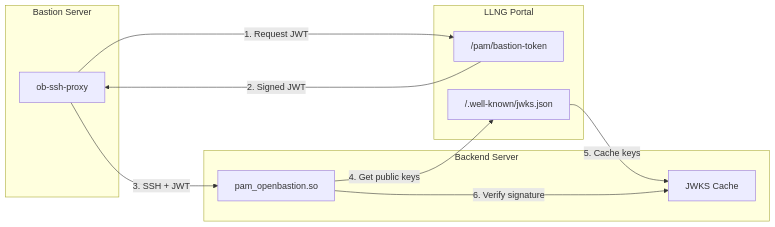
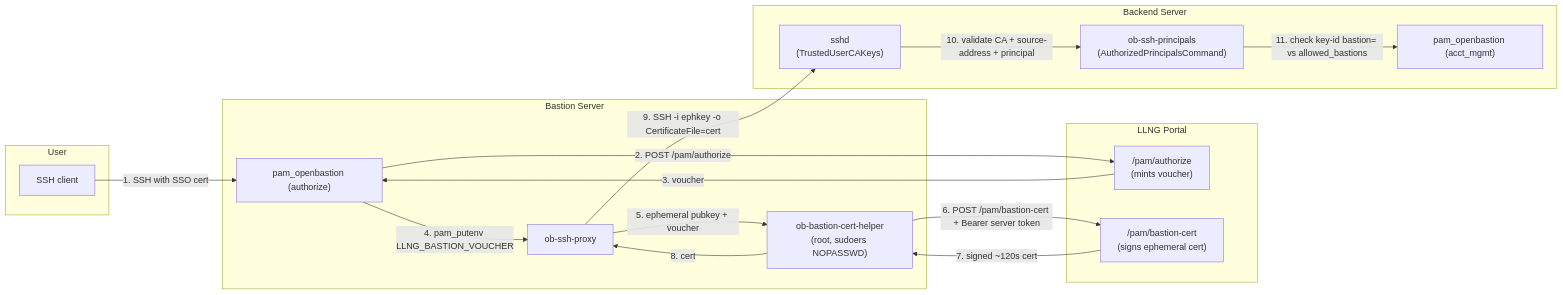
Before and after one commit to linagora/open-bastion: the second of 4 diagrams in SECURITY.md, drawn with Mermaid. The commit also changed other lines of this file and 6 other files, not shown here.

First line of the commit message:
docs(cert-vouching): replace bastion JWT with certificate vouching across docs

````diff
--- a/SECURITY.md
+++ b/SECURITY.md
@@ -92,23 +94,35 @@
 ```mermaid
 flowchart LR
+    subgraph User["User"]
+        client["SSH client"]
+    end
+
     subgraph Bastion["Bastion Server"]
+        pam_b["pam_openbastion (authorize)"]
         proxy["ob-ssh-proxy"]
+        helper["ob-bastion-cert-helper\n(root, sudoers NOPASSWD)"]
     end
 
     subgraph LLNG["LLNG Portal"]
-        bastion_token["/pam/bastion-token"]
-        jwks["/.well-known/jwks.json"]
+        authorize["/pam/authorize\n(mints voucher)"]
+        bastion_cert["/pam/bastion-cert\n(signs ephemeral cert)"]
     end
 
     subgraph Backend["Backend Server"]
-        pam["pam_openbastion.so"]
-        cache["JWKS Cache"]
+        sshd["sshd\n(TrustedUserCAKeys)"]
+        principals["ob-ssh-principals\n(AuthorizedPrincipalsCommand)"]
+        pam_bk["pam_openbastion (acct_mgmt)"]
     end
 
-    proxy -->|1. Request JWT| bastion_token
-    bastion_token -->|2. Signed JWT| proxy
-    proxy -->|3. SSH + JWT| pam
-    pam -->|4. Get public keys| jwks
-    jwks -->|5. Cache keys| cache
-    pam -->|6. Verify signature| cache
+    client -->|1. SSH with SSO cert| pam_b
+    pam_b -->|2. POST /pam/authorize| authorize
+    authorize -->|3. voucher| pam_b
+    pam_b -->|4. pam_putenv LLNG_BASTION_VOUCHER| proxy
+    proxy -->|5. ephemeral pubkey + voucher| helper
+    helper -->|6. POST /pam/bastion-cert + Bearer server token| bastion_cert
+    bastion_cert -->|7. signed ~120s cert| helper
+    helper -->|8. cert| proxy
+    proxy -->|9. SSH -i ephkey -o CertificateFile=cert| sshd
+    sshd -->|10. validate CA + source-address + principal| principals
+    principals -->|11. check key-id bastion= vs allowed_bastions| pam_bk
 ```
````
